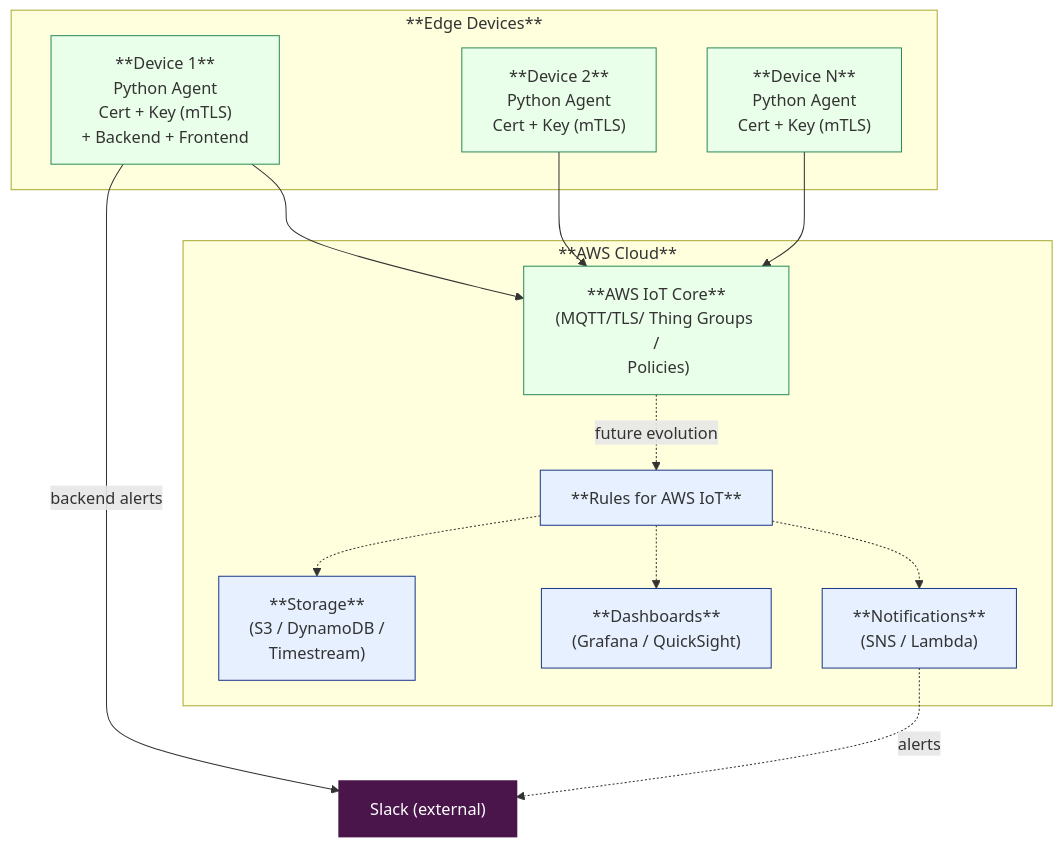
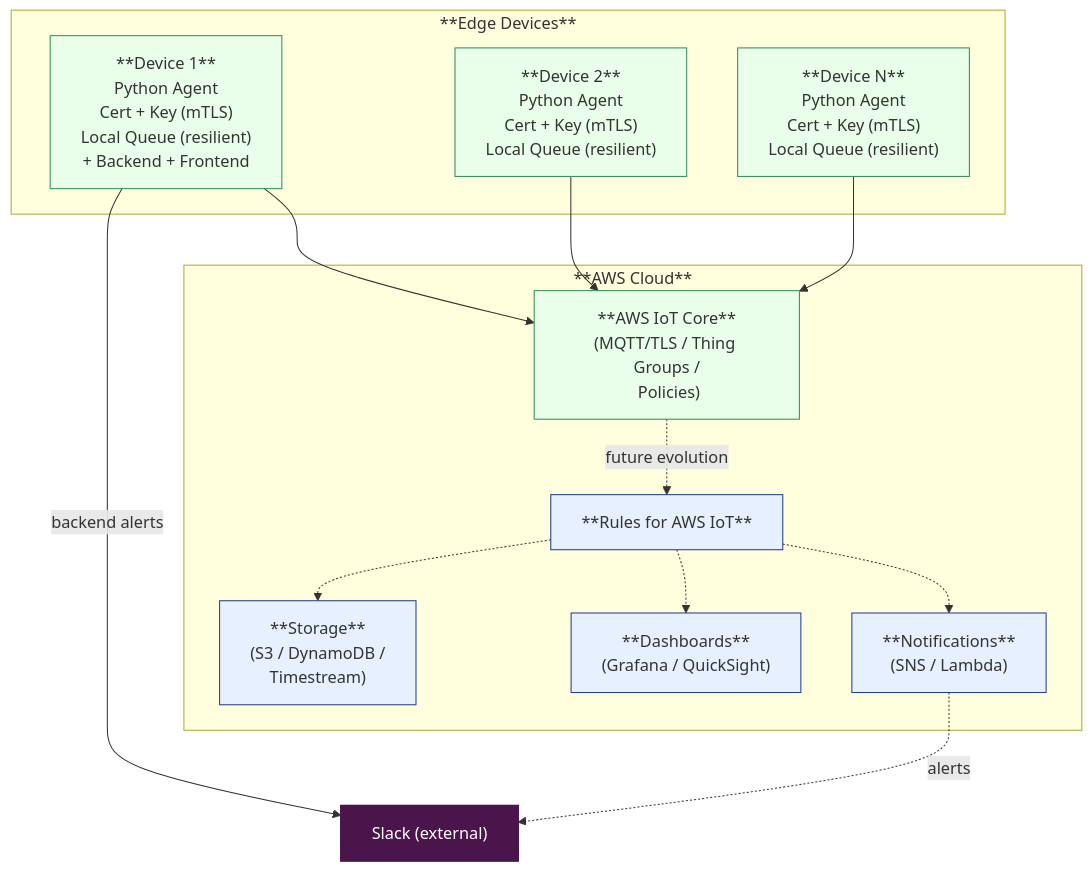
One commit to richardnixondev/protex-agent changed the diagram in docs/DESIGN.md. Above: the diagram before and after it, drawn with Mermaid. The commit also changed other lines of this file and 1 other file, not shown here.

Commit message:
feature implementing local-queue

````diff
--- a/docs/DESIGN.md
+++ b/docs/DESIGN.md
@@ -9,41 +11,41 @@
 ```mermaid
 flowchart TD
   subgraph Edge["**Edge Devices**"]
-    D1["**Device 1**<br/>Python Agent <br/>Cert + Key (mTLS)<br/>+ Backend + Frontend"]:::now
-    D2["**Device 2**<br/>Python Agent <br/>Cert + Key (mTLS)"]:::now
-    DN["**Device N**<br/>Python Agent <br/>Cert + Key (mTLS)"]:::now
+    D1["**Device 1**<br/>Python Agent <br/>Cert + Key (mTLS)<br/>Local Queue (resilient)<br/>+ Backend + Frontend"]:::now
+    D2["**Device 2**<br/>Python Agent <br/>Cert + Key (mTLS)<br/>Local Queue (resilient)"]:::now
+    DN["**Device N**<br/>Python Agent <br/>Cert + Key (mTLS)<br/>Local Queue (resilient)"]:::now
   end
 
   subgraph Cloud["**AWS Cloud**"]
-    IOT["**AWS IoT Core**<br/>(MQTT/TLS/ Thing Groups /<br/> Policies)"]:::now
+    IOT["**AWS IoT Core**<br/>(MQTT/TLS / Thing Groups /<br/> Policies)"]:::now
     RULES["**Rules for AWS IoT**"]:::future
     STORE["**Storage**<br/>(S3 / DynamoDB /<br/> Timestream)"]:::future
     DASH["**Dashboards**<br/>(Grafana / QuickSight)"]:::future
     NOT["**Notifications**<br/>(SNS / Lambda)"]:::future
   end
 
   SLACK["Slack (external)"]
 
-  %% Agents publicam para AWS IoT
+  %% Agents publish to AWS IoT
   D1 --> IOT
   D2 --> IOT
   DN --> IOT
 
-  %% HOJE: backend no Device 1 envia alertas para Slack
+  %% TODAY: backend on Device 1 sends alerts to Slack
   D1 --backend alerts--> SLACK:::slack
 
-  %% FUTURO: IoT Core -> Rules -> Consumers
+  %% FUTURE: IoT Core -> Rules -> Consumers
   IOT -. future evolution .-> RULES
   RULES -.-> STORE
   RULES -.-> DASH
   RULES -.-> NOT
   NOT -. alerts .-> SLACK:::slack
 
 
   %% Classes
   classDef note fill:#fff8dc,stroke:#d4a017;
   classDef now fill:#eaffea,stroke:#2e8b57,stroke-width:1px; 
   classDef future fill:#e6f0ff,stroke:#1e3a8a,stroke-width:1px;
   classDef slack fill:#4A154B,color:#ffffff,stroke:#4A154B,stroke-width:2px;
 
 ```
````
